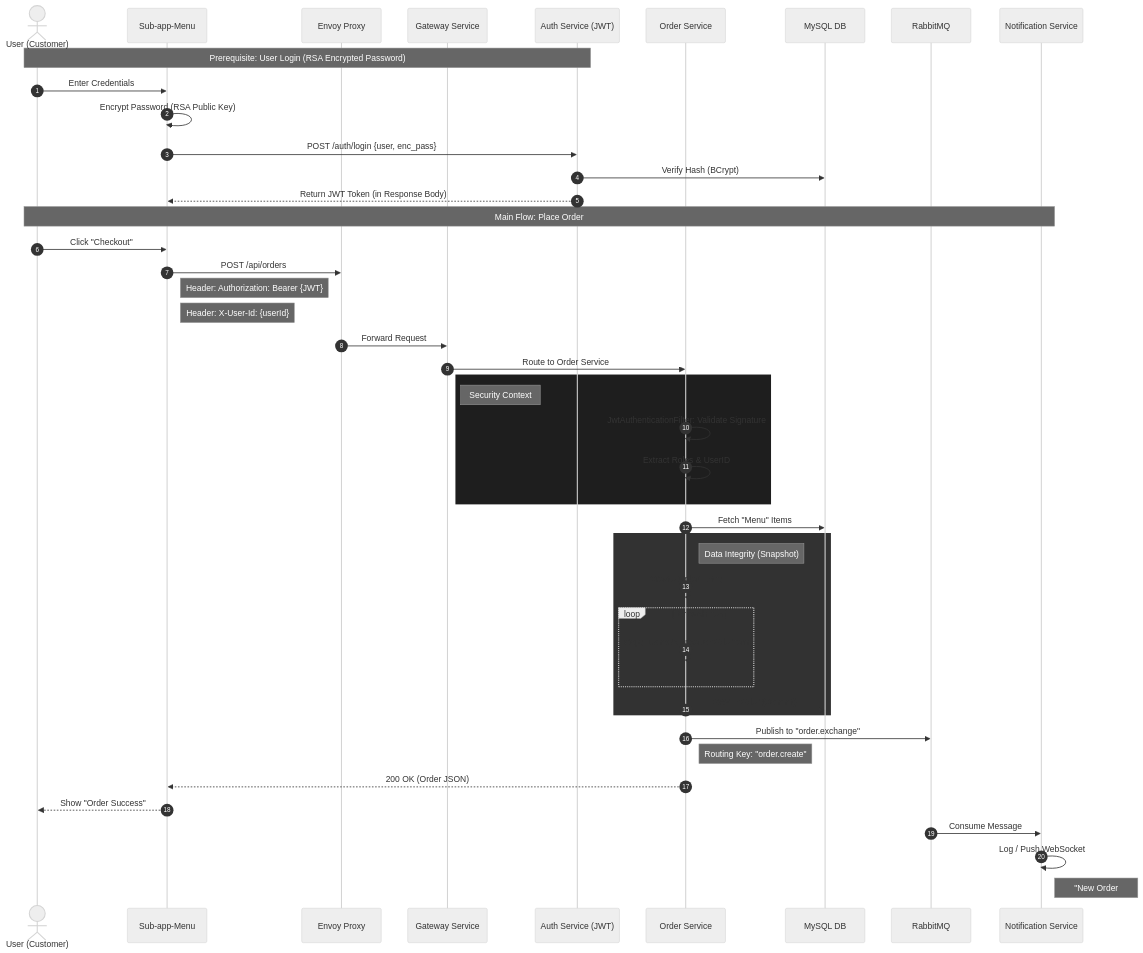
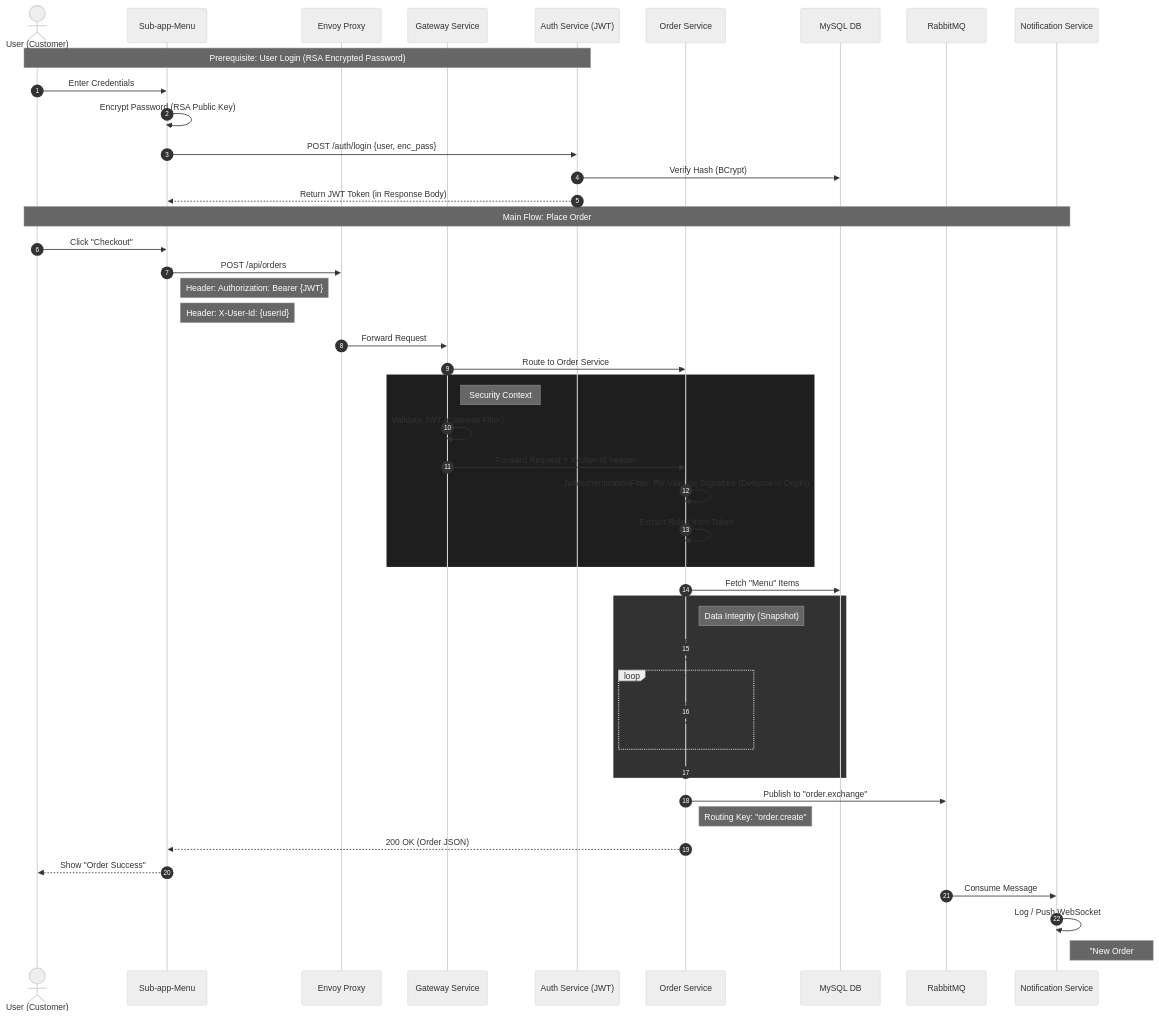
Before and after one commit to itshard2name-gmail/mini-restaurant-app: the third of 8 diagrams in SYSTEM_DESIGN.md, drawn with Mermaid (neutral theme). The commit also changed other lines of this file and 29 other files, not shown here.

Commit message:
feat: Fix Pay-at-Counter flow, add Cancel button, streamline docs

````diff
--- a/SYSTEM_DESIGN.md
+++ b/SYSTEM_DESIGN.md
@@ -166,60 +166,62 @@
 ```mermaid
 sequenceDiagram
     autonumber
     actor User as User (Customer)
     participant FE as Sub-app-Menu
     participant Envoy as Envoy Proxy
     participant GW as Gateway Service
     participant Auth as Auth Service (JWT)
     participant Order as Order Service
     participant DB as MySQL DB
     participant MQ as RabbitMQ
     participant Notif as Notification Service
 
     %% Phase 1: Authentication
     note over User, Auth: Prerequisite: User Login (RSA Encrypted Password)
     User->>FE: Enter Credentials
     FE->>FE: Encrypt Password (RSA Public Key)
     FE->>Auth: POST /auth/login {user, enc_pass}
     Auth->>DB: Verify Hash (BCrypt)
     Auth-->>FE: Return JWT Token (in Response Body)
 
     %% Phase 2: Order Creation
     note over User, Notif: Main Flow: Place Order
     User->>FE: Click "Checkout"
     FE->>Envoy: POST /api/orders
     Note right of FE: Header: Authorization: Bearer {JWT}
     Note right of FE: Header: X-User-Id: {userId}
     
     Envoy->>GW: Forward Request
     GW->>Order: Route to Order Service
     
     rect rgb(30, 30, 30)
         note right of GW: Security Context
-        Order->>Order: JwtAuthenticationFilter: Validate Signature
-        Order->>Order: Extract Roles & UserID
+        GW->>GW: Validate JWT (Gateway Filter)
+        GW->>Order: Forward Request + X-User-Id header
+        Order->>Order: JwtAuthenticationFilter: Re-Validate Signature (Defense in Depth)
+        Order->>Order: Extract Roles from Token
     end
 
     Order->>DB: Fetch "Menu" Items
     
     %% Snapshot Logic
     rect rgb(50, 50, 50)
         note right of Order: Data Integrity (Snapshot)
         Order->>Order: Create Order Entity
         loop For each Item
             Order->>Order: Copy Name & Price to OrderItem
         end
         Order->>DB: SAVE Order (Commit)
     end
     
     %% Messaging
     Order->>MQ: Publish to "order.exchange"
     Note right of Order: Routing Key: "order.create"
     Order-->>FE: 200 OK (Order JSON)
     FE-->>User: Show "Order Success"
 
     %% Phase 3: Notification
     MQ->>Notif: Consume Message
     Notif->>Notif: Log / Push WebSocket
     note right of Notif: "New Order #123 Received"
 ```
````
